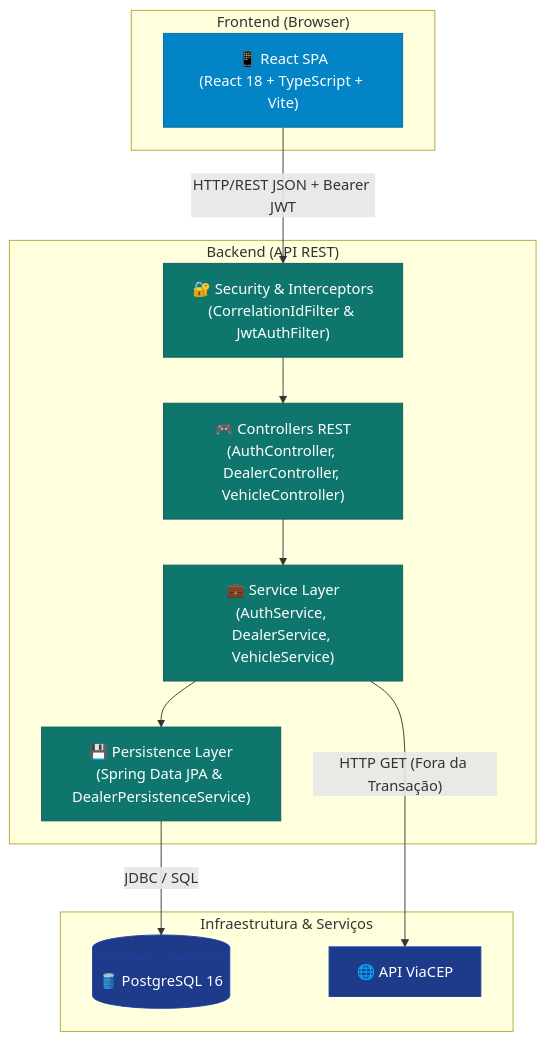
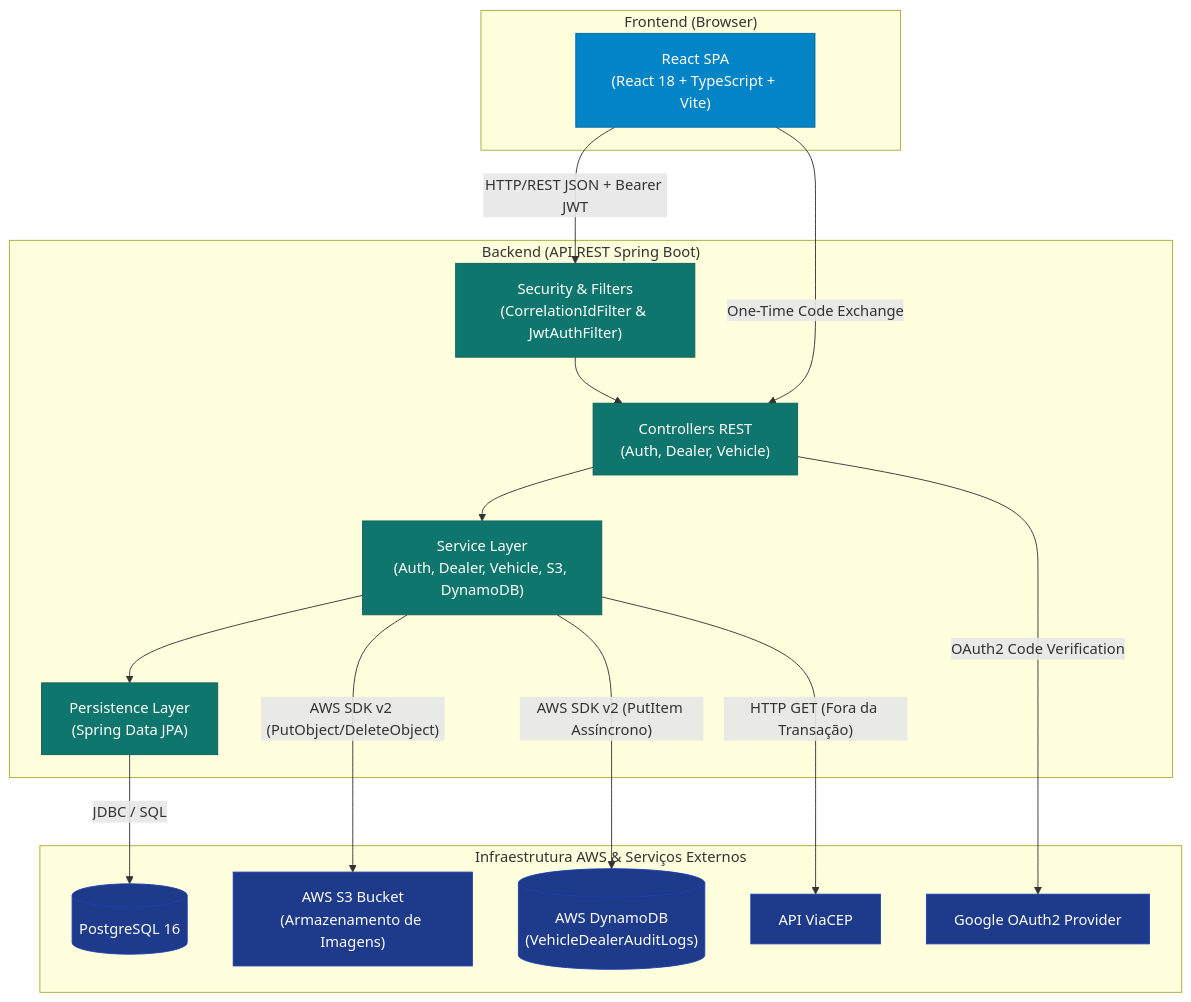
The first of 4 diagrams in docs/architecture/architecture.md (J040Pablo/vehicle-dealer-system), drawn with Mermaid before and after one commit. The commit also changed other lines of this file and 21 other files, not shown here.

````diff
--- a/docs/architecture/architecture.md
+++ b/docs/architecture/architecture.md
@@ -11,33 +11,40 @@
 ```mermaid
 flowchart TD
     subgraph Client ["Frontend (Browser)"]
-        SPA["📱 React SPA<br/>(React 18 + TypeScript + Vite)"]
+        SPA["React SPA<br/>(React 18 + TypeScript + Vite)"]
     end
 
-    subgraph Server ["Backend (API REST)"]
-        SECURITY["🔐 Security & Interceptors<br/>(CorrelationIdFilter & JwtAuthFilter)"]
-        API["🎮 Controllers REST<br/>(AuthController, DealerController, VehicleController)"]
-        SERVICE["💼 Service Layer<br/>(AuthService, DealerService, VehicleService)"]
-        DATA["💾 Persistence Layer<br/>(Spring Data JPA & DealerPersistenceService)"]
+    subgraph Server ["Backend (API REST Spring Boot)"]
+        SECURITY["Security & Filters<br/>(CorrelationIdFilter & JwtAuthFilter)"]
+        API["Controllers REST<br/>(Auth, Dealer, Vehicle)"]
+        SERVICE["Service Layer<br/>(Auth, Dealer, Vehicle, S3, DynamoDB)"]
+        DATA["Persistence Layer<br/>(Spring Data JPA)"]
     end
 
-    subgraph External ["Infraestrutura & Serviços"]
-        DB[("🛢️ PostgreSQL 16")]
-        VIACEP["🌐 API ViaCEP"]
+    subgraph Cloud ["Infraestrutura AWS & Serviços Externos"]
+        DB[("PostgreSQL 16")]
+        S3["AWS S3 Bucket<br/>(Armazenamento de Imagens)"]
+        DYNAMO[("AWS DynamoDB<br/>(VehicleDealerAuditLogs)")]
+        VIACEP["API ViaCEP"]
+        GOOGLE["Google OAuth2 Provider"]
     end
 
     SPA -- "HTTP/REST JSON + Bearer JWT" --> SECURITY
     SECURITY --> API
     API --> SERVICE
     SERVICE --> DATA
     DATA -- "JDBC / SQL" --> DB
+    SERVICE -- "AWS SDK v2 (PutObject/DeleteObject)" --> S3
+    SERVICE -- "AWS SDK v2 (PutItem Assíncrono)" --> DYNAMO
     SERVICE -- "HTTP GET (Fora da Transação)" --> VIACEP
+    SPA -- "One-Time Code Exchange" --> API
+    API -- "OAuth2 Code Verification" --> GOOGLE
 
     classDef client fill:#0284c7,stroke:#0369a1,color:#fff;
     classDef server fill:#0f766e,stroke:#115e59,color:#fff;
     classDef ext fill:#1e3a8a,stroke:#1e40af,color:#fff;
 
     class SPA client;
     class SECURITY,API,SERVICE,DATA server;
-    class DB,VIACEP ext;
+    class DB,S3,DYNAMO,VIACEP,GOOGLE ext;
 ```
````
